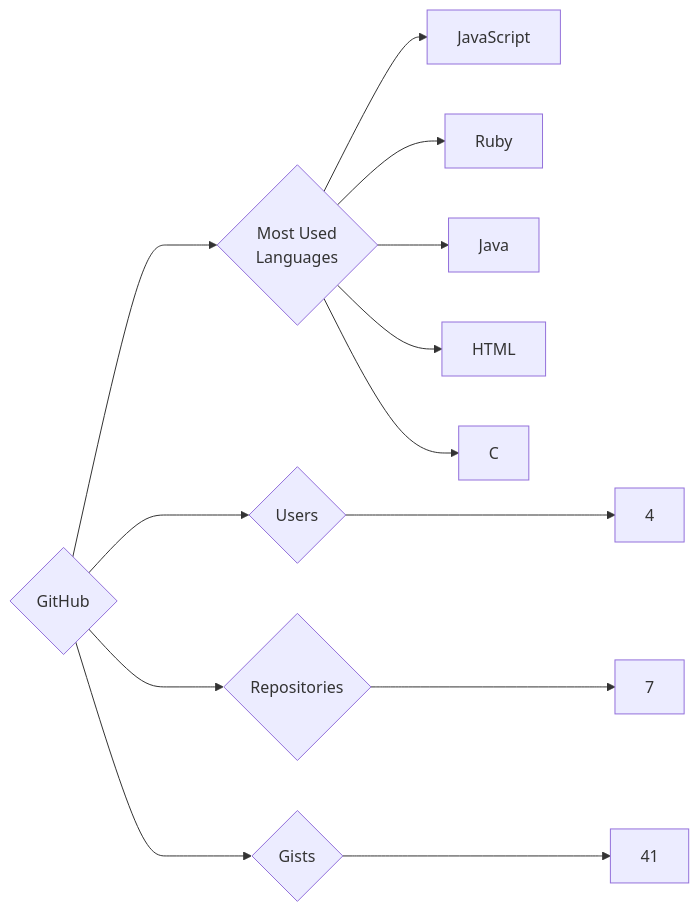
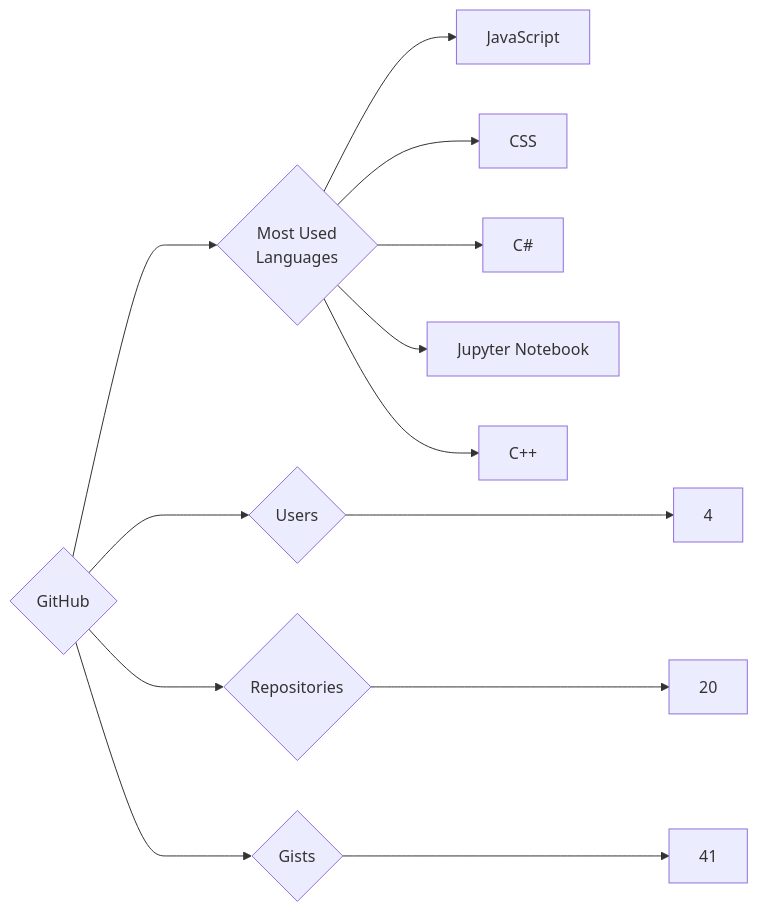
Before and after one commit to trickest/insiders: the diagram in targets/GitHub/README.md, drawn with Mermaid. The commit also changed 1092 other files, not shown here.

````diff
--- a/targets/GitHub/README.md
+++ b/targets/GitHub/README.md
@@ -3,13 +3,13 @@
 ```mermaid
 graph LR
 COMPANY_NAME{GitHub}
 COMPANY_NAME ---> U{Users} ---> UN[4]
-COMPANY_NAME ---> R{Repositories} ---> RN[7]
+COMPANY_NAME ---> R{Repositories} ---> RN[20]
 COMPANY_NAME ---> G{Gists} ---> GN[41]
 COMPANY_NAME ---> ML{Most Used<br>Languages}
 ML --> JavaScript[JavaScript]
-ML --> Ruby[Ruby]
-ML --> Java[Java]
-ML --> HTML[HTML]
-ML --> C[C]
+ML --> CSS[CSS]
+ML --> C#[C#]
+ML --> Jupyter_Notebook[Jupyter Notebook]
+ML --> C++[C++]
 ```
````
